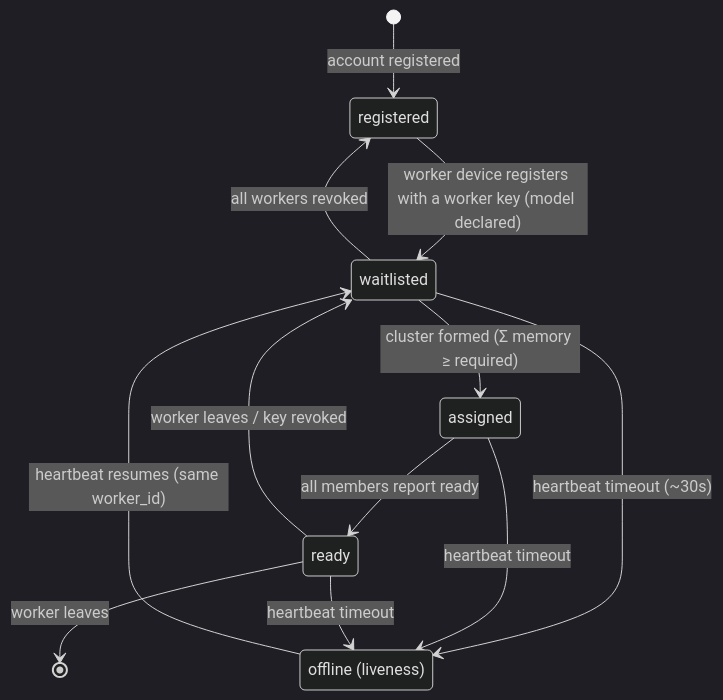
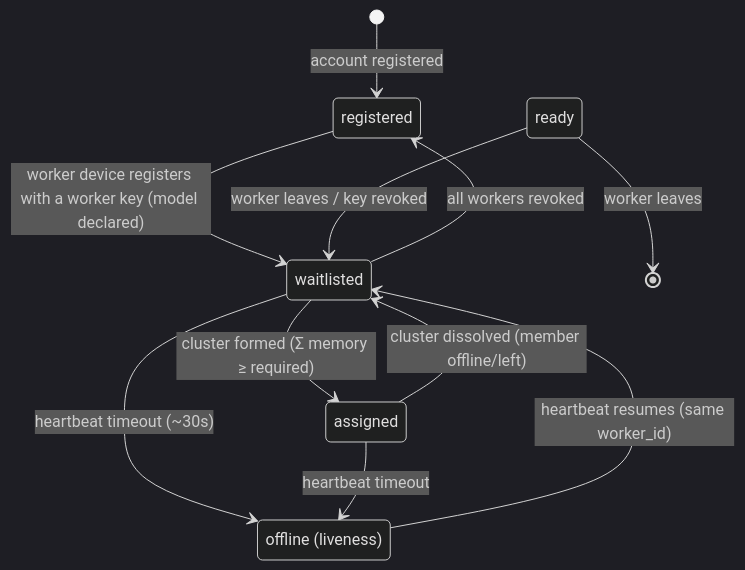
One commit to ygboucherk/prima-pool-server changed the diagram in docs/protocol/overview.md. Above: the diagram before and after it, drawn with Mermaid (dark theme). The commit also changed other lines of this file and 5 other files, not shown here.

````diff
--- a/docs/protocol/overview.md
+++ b/docs/protocol/overview.md
@@ -63,16 +68,15 @@
 ```mermaid
 stateDiagram-v2
     [*] --> registered: account registered
     registered --> waitlisted: worker device registers with a worker key (model declared)
     waitlisted --> assigned: cluster formed (Σ memory ≥ required)
-    assigned --> ready: all members report ready
+    assigned --> waitlisted: cluster dissolved (member offline/left)
     ready --> waitlisted: worker leaves / key revoked
     waitlisted --> registered: all workers revoked
     ready --> [*]: worker leaves
 
     state "offline (liveness)" as offline
     waitlisted --> offline: heartbeat timeout (~30s)
     offline --> waitlisted: heartbeat resumes (same worker_id)
     assigned --> offline: heartbeat timeout
-    ready --> offline: heartbeat timeout
 ```
````
